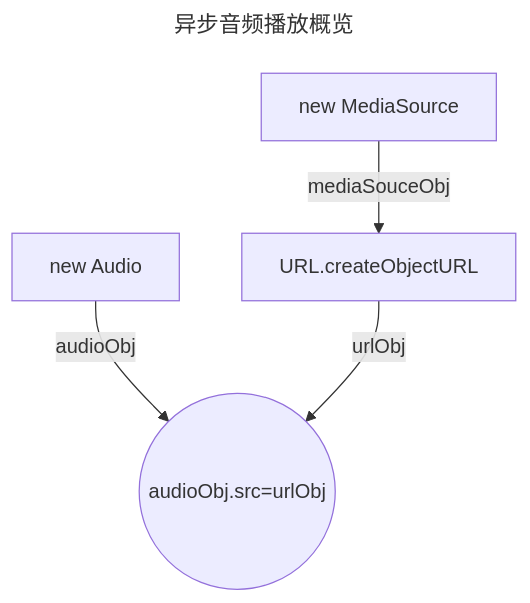
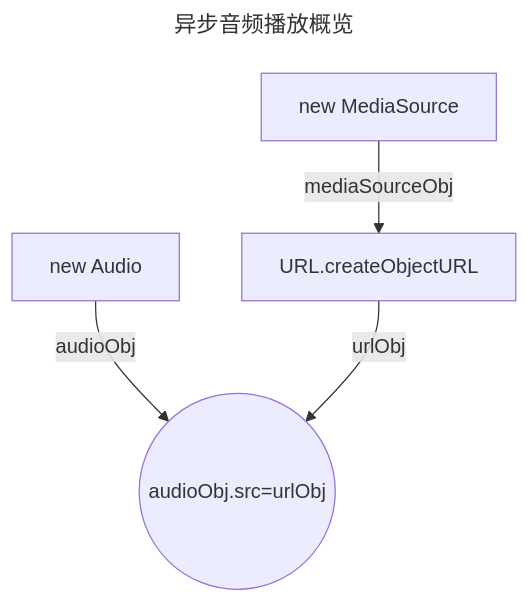
The first of 5 diagrams in notes/blogs/web_media/audio_api.md (superAlibi/notes), drawn with Mermaid before and after one commit. The commit also changed other lines of this file, not shown here.

````diff
--- a/notes/blogs/web_media/audio_api.md
+++ b/notes/blogs/web_media/audio_api.md
@@ -106,9 +88,9 @@
 ```mermaid
 ---
 title: 异步音频播放概览
 ---
 graph TB
   Audio[new Audio]-- audioObj --> out
-  s[new MediaSource]-- mediaSouceObj -->URL[URL.createObjectURL]
+  s[new MediaSource]-- mediaSourceObj -->URL[URL.createObjectURL]
   URL-- urlObj --> out(("audioObj.src=urlObj"))
 ```
````
